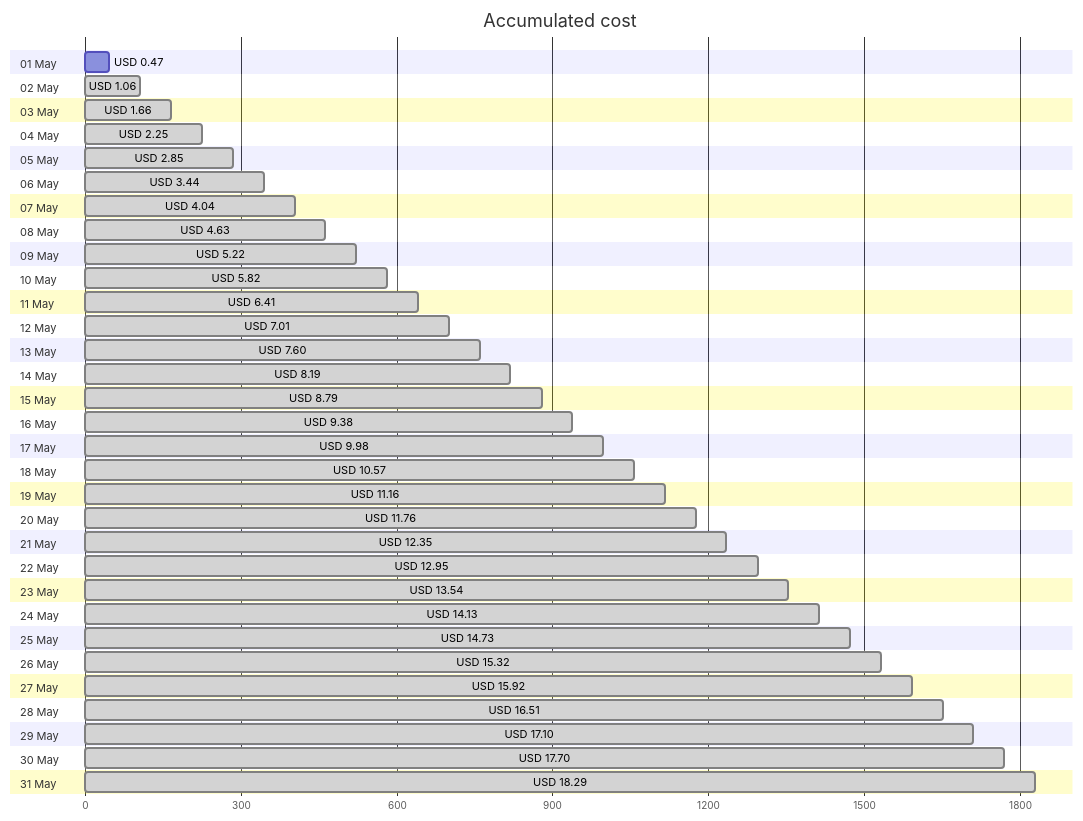
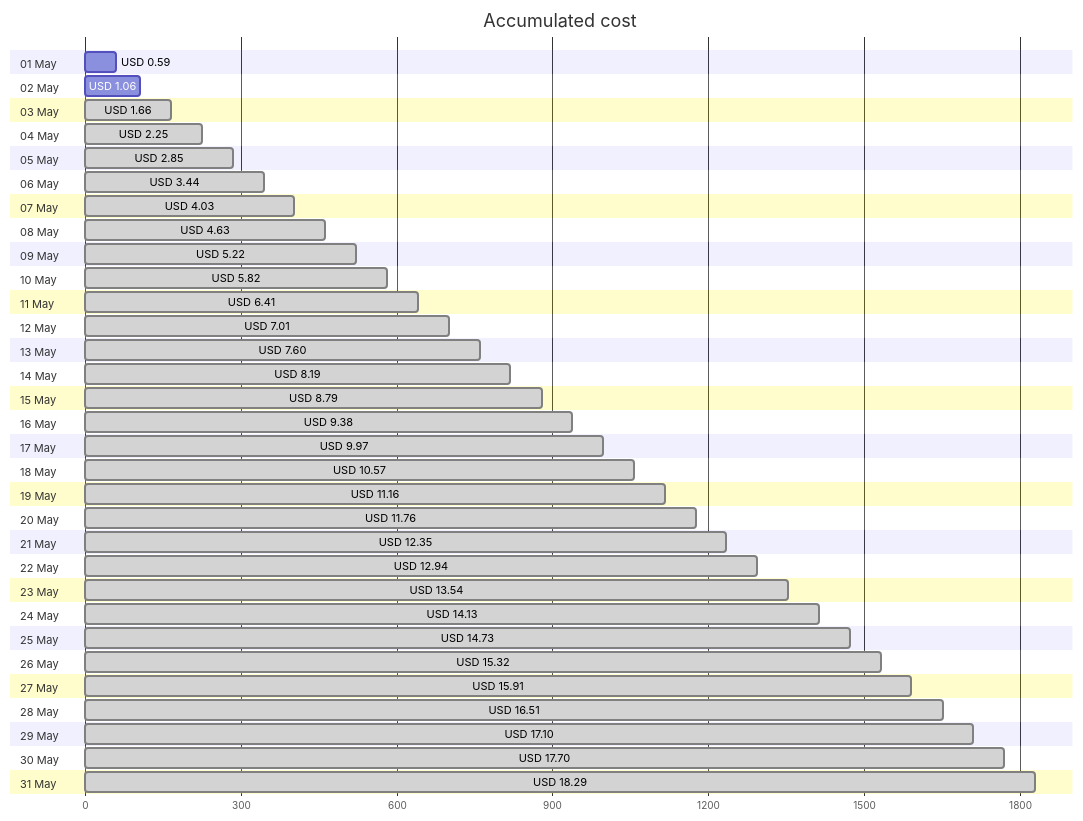
One commit to jpfulton/azure-personal-reports changed the first of 4 diagrams in cost-reports/personal-site/README.md. Above: the diagram before and after it, drawn with Mermaid. The commit also changed other lines of this file and 6 other files, not shown here.

````diff
--- a/cost-reports/personal-site/README.md
+++ b/cost-reports/personal-site/README.md
@@ -20,68 +20,68 @@
 ```mermaid
 gantt
    title Accumulated cost
    dateFormat  X
    axisFormat %s
    section 01 May
-   USD 0.47 :0, 47
+   USD 0.59 :0, 59
    section 02 May
-   USD 1.06 : done, 0, 106
+   USD 1.06 :0, 106
    section 03 May
    USD 1.66 : done, 0, 166
    section 04 May
    USD 2.25 : done, 0, 225
    section 05 May
    USD 2.85 : done, 0, 285
    section 06 May
    USD 3.44 : done, 0, 344
    section 07 May
-   USD 4.04 : done, 0, 404
+   USD 4.03 : done, 0, 403
    section 08 May
    USD 4.63 : done, 0, 463
    section 09 May
    USD 5.22 : done, 0, 522
    section 10 May
    USD 5.82 : done, 0, 582
    section 11 May
    USD 6.41 : done, 0, 641
    section 12 May
    USD 7.01 : done, 0, 701
    section 13 May
    USD 7.60 : done, 0, 760
    section 14 May
    USD 8.19 : done, 0, 819
    section 15 May
    USD 8.79 : done, 0, 879
    section 16 May
    USD 9.38 : done, 0, 938
    section 17 May
-   USD 9.98 : done, 0, 998
+   USD 9.97 : done, 0, 997
    section 18 May
    USD 10.57 : done, 0, 1057
    section 19 May
    USD 11.16 : done, 0, 1116
    section 20 May
    USD 11.76 : done, 0, 1176
    section 21 May
    USD 12.35 : done, 0, 1235
    section 22 May
-   USD 12.95 : done, 0, 1295
+   USD 12.94 : done, 0, 1294
    section 23 May
    USD 13.54 : done, 0, 1354
    section 24 May
    USD 14.13 : done, 0, 1413
    section 25 May
    USD 14.73 : done, 0, 1473
    section 26 May
    USD 15.32 : done, 0, 1532
    section 27 May
-   USD 15.92 : done, 0, 1592
+   USD 15.91 : done, 0, 1591
    section 28 May
    USD 16.51 : done, 0, 1651
    section 29 May
    USD 17.10 : done, 0, 1710
    section 30 May
    USD 17.70 : done, 0, 1770
    section 31 May
    USD 18.29 : done, 0, 1829
 ```
````
